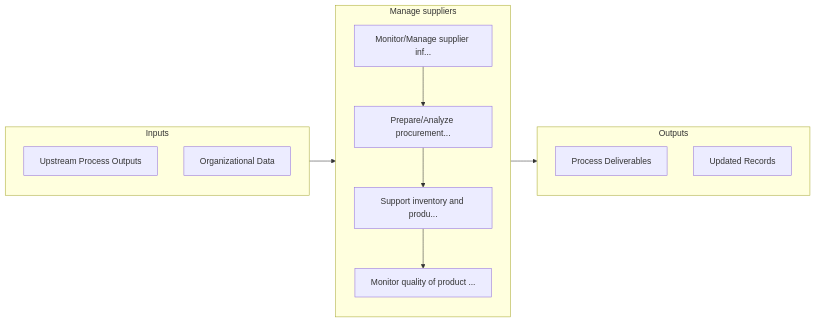
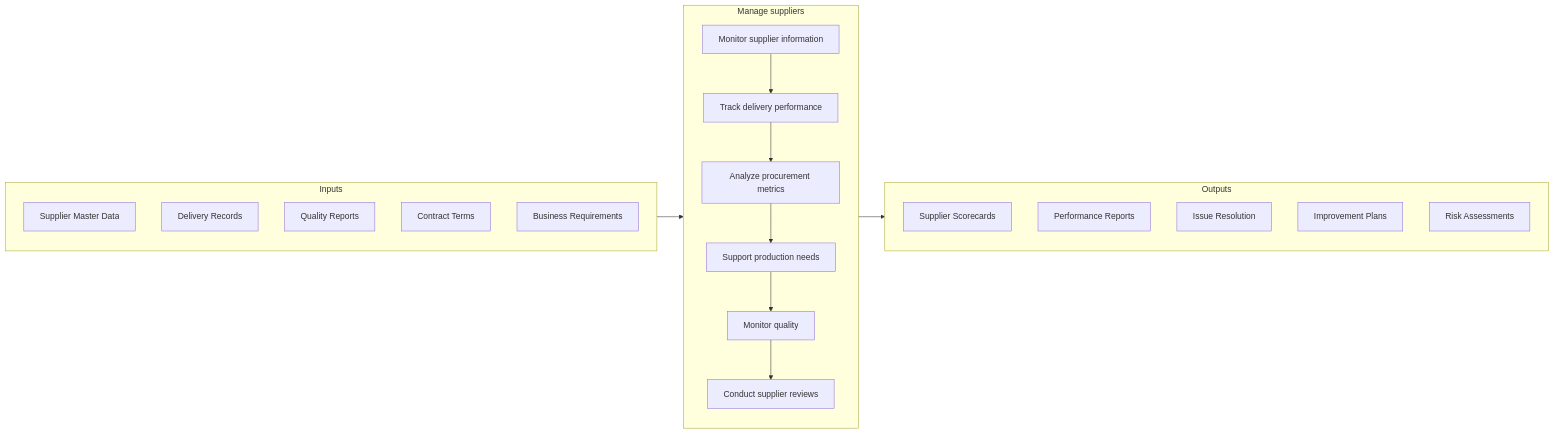
One commit to kziemski/business.org.ai changed the second of 2 diagrams in processes/04-Delivery/4.2-ProcureMaterialsServices/4.2.4-ManageSuppliers/index.mdx. Above: the diagram before and after it, drawn with Mermaid. The commit also changed other lines of this file and 885 other files, not shown here.

````diff
--- a/processes/04-Delivery/4.2-ProcureMaterialsServices/4.2.4-ManageSuppliers/index.mdx
+++ b/processes/04-Delivery/4.2-ProcureMaterialsServices/4.2.4-ManageSuppliers/index.mdx
@@ -62,24 +62,31 @@
 ```mermaid
 flowchart LR
     subgraph Inputs["Inputs"]
-        I1["Upstream Process Outputs"]
-        I2["Organizational Data"]
+        I1["Supplier Master Data"]
+        I2["Delivery Records"]
+        I3["Quality Reports"]
+        I4["Contract Terms"]
+        I5["Business Requirements"]
     end
 
     subgraph Process["Manage suppliers"]
-        S1["Monitor/Manage supplier inf..."]
-        S2["Prepare/Analyze procurement..."]
-        S3["Support inventory and produ..."]
-        S4["Monitor quality of product ..."]
+        S1["Monitor supplier information"]
+        S2["Track delivery performance"]
+        S3["Analyze procurement metrics"]
+        S4["Support production needs"]
+        S5["Monitor quality"]
+        S6["Conduct supplier reviews"]
+
+        S1 --> S2 --> S3 --> S4 --> S5 --> S6
     end
 
     subgraph Outputs["Outputs"]
-        O1["Process Deliverables"]
-        O2["Updated Records"]
+        O1["Supplier Scorecards"]
+        O2["Performance Reports"]
+        O3["Issue Resolution"]
+        O4["Improvement Plans"]
+        O5["Risk Assessments"]
     end
 
     Inputs --> Process --> Outputs
-    S1 --> S2
-    S2 --> S3
-    S3 --> S4
 ```
````
